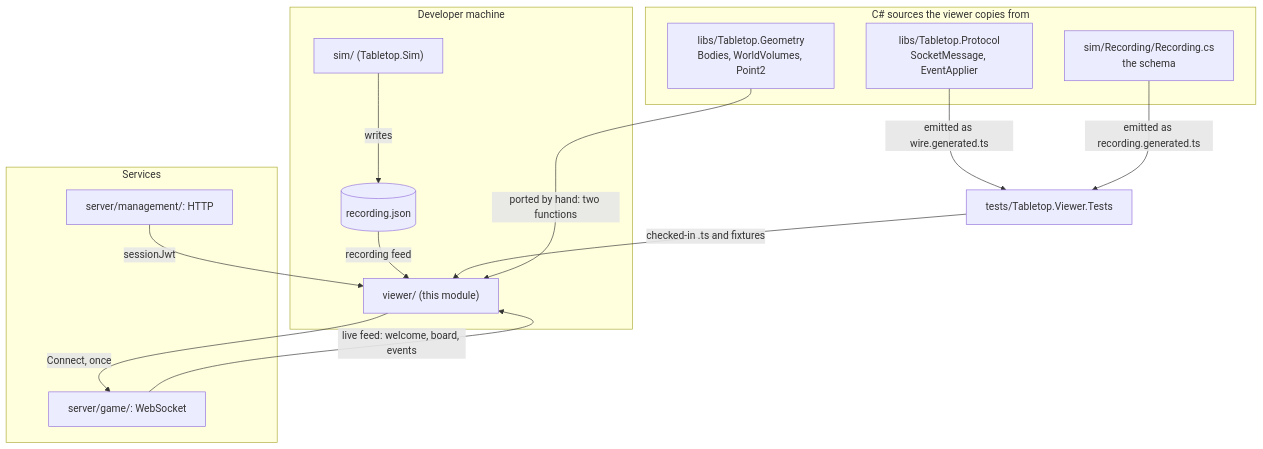
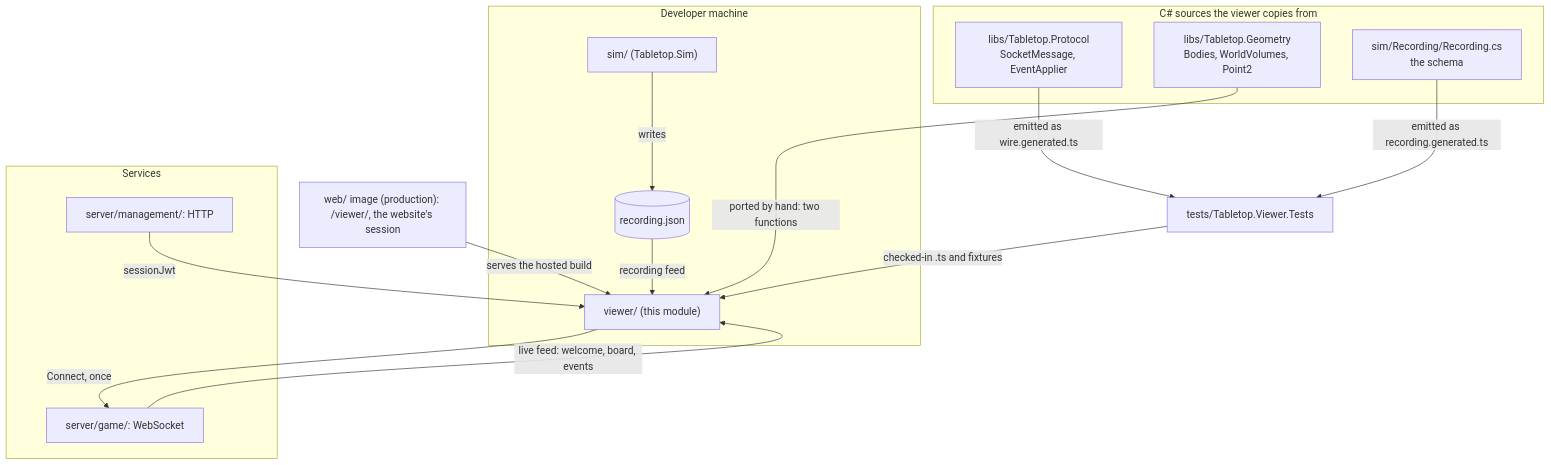
Before and after one commit to cstupi/tabletop: the first of 11 diagrams in docs/design/viewer/design.md, drawn with Mermaid. The commit also changed other lines of this file and 31 other files, not shown here.

First line of the commit message:
Viewer in production: admin Replays at /viewer/ on the website's origin

````diff
--- a/docs/design/viewer/design.md
+++ b/docs/design/viewer/design.md
@@ -65,28 +66,29 @@
 ```mermaid
 flowchart TD
     subgraph dev["Developer machine"]
         sim["sim/ (Tabletop.Sim)"]
         file[("recording.json")]
         viewer["viewer/ (this module)"]
     end
     subgraph services["Services"]
         game["server/game/: WebSocket"]
         mgmt["server/management/: HTTP"]
     end
     subgraph csharp["C# sources the viewer copies from"]
         proto["libs/Tabletop.Protocol<br/>SocketMessage, EventApplier"]
         geom["libs/Tabletop.Geometry<br/>Bodies, WorldVolumes, Point2"]
         rec["sim/Recording/Recording.cs<br/>the schema"]
     end
     tests["tests/Tabletop.Viewer.Tests"]
 
     sim -->|"writes"| file
     file -->|"recording feed"| viewer
     game -->|"live feed: welcome, board, events"| viewer
     viewer -->|"Connect, once"| game
     mgmt -->|"sessionJwt"| viewer
+    webimg["web/ image (production): /viewer/, the website's session"] -->|"serves the hosted build"| viewer
     proto -->|"emitted as wire.generated.ts"| tests
     rec -->|"emitted as recording.generated.ts"| tests
     tests -->|"checked-in .ts and fixtures"| viewer
     geom -->|"ported by hand: two functions"| viewer
 ```
````
